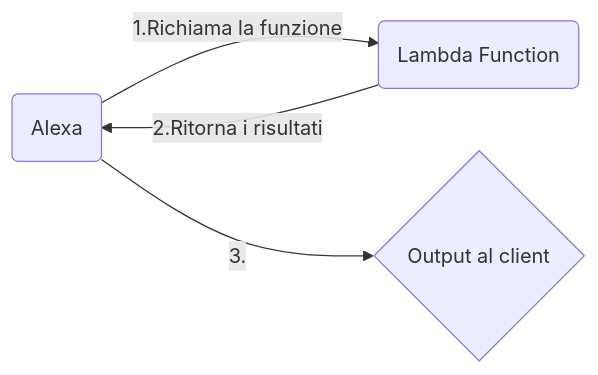
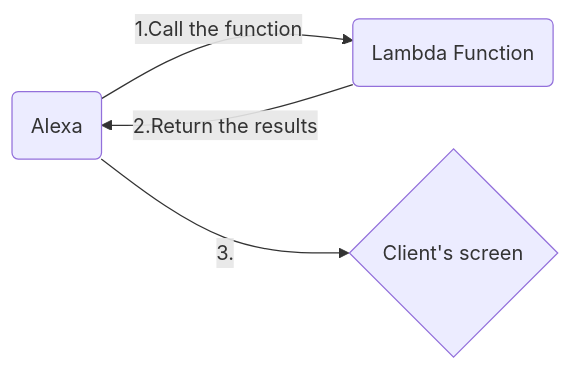
One commit to MatteoTorresi/projectWork3_gruppo6 changed the diagram in README.md. Above: the diagram before and after it, drawn with Mermaid. The commit also changed other lines of this file, not shown here.

````diff
--- a/README.md
+++ b/README.md
@@ -606,6 +607,6 @@
 ```mermaid
 graph LR
-A(Alexa) -- 1.Richiama la funzione --> B(Lambda Function)
-B -- 2.Ritorna i risultati --> A
-A -- 3. --> D{Output al client}
+A(Alexa) -- 1.Call the function --> B(Lambda Function)
+B -- 2.Return the results --> A
+A -- 3. --> D{Client's screen}
 ```
````
